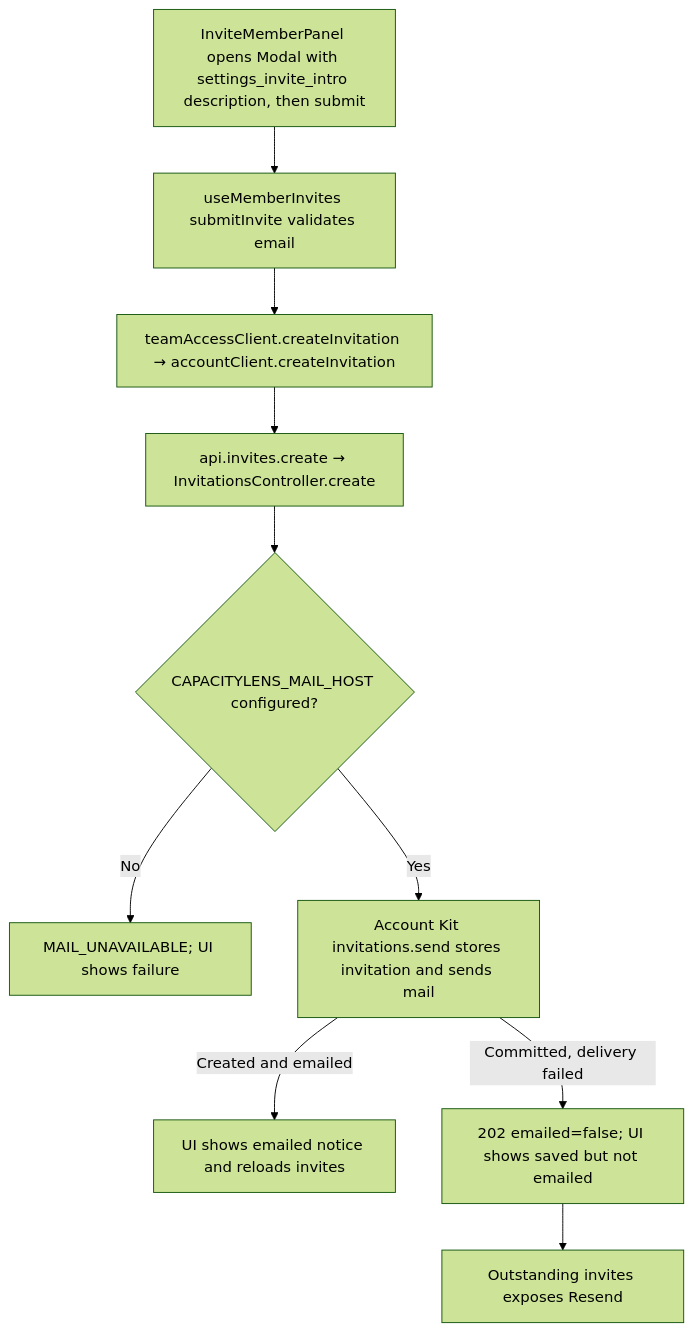
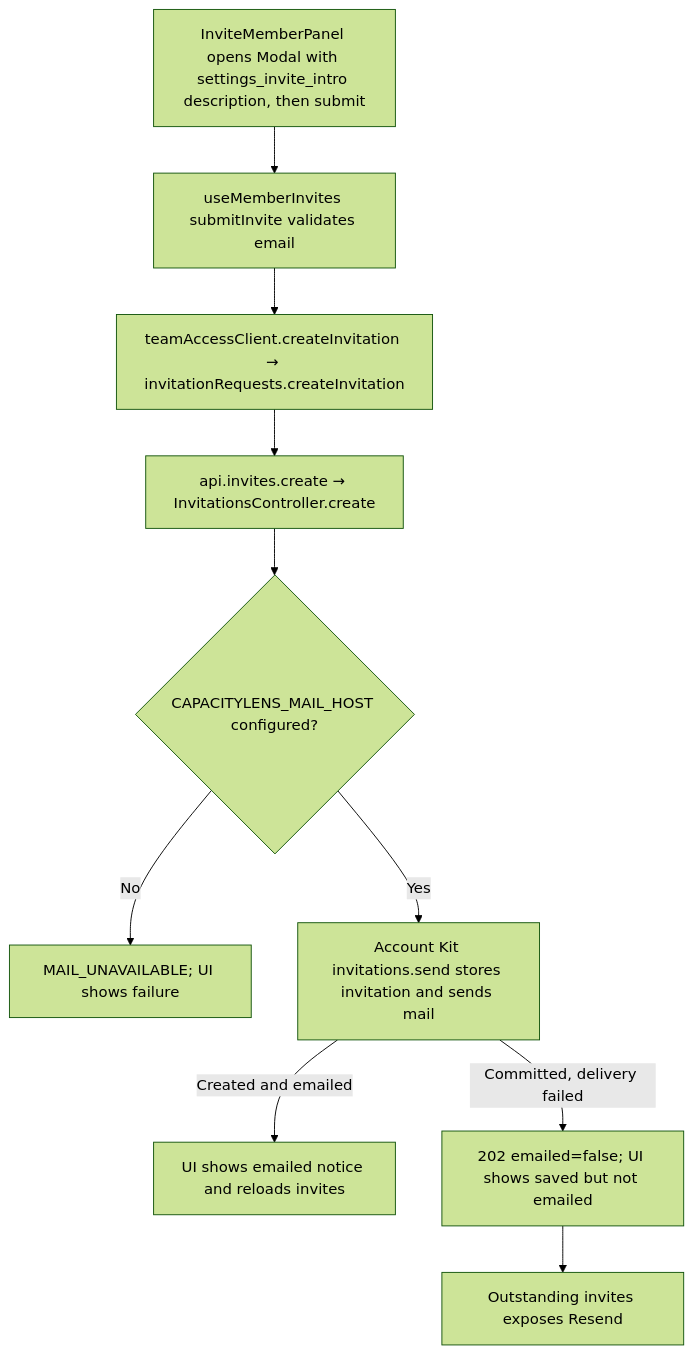
Before and after one commit to Kevinjohn/capacitylens: the second of 2 diagrams in user-stories/team/US-TEAM-02-invite-member.md, drawn with Mermaid (forest theme). The commit also changed other lines of this file and 10 other files, not shown here.

````diff
--- a/user-stories/team/US-TEAM-02-invite-member.md
+++ b/user-stories/team/US-TEAM-02-invite-member.md
@@ -38,12 +38,12 @@
 ```mermaid
 flowchart TD
     Panel["InviteMemberPanel opens Modal with settings_invite_intro description, then submit"] --> Hook["useMemberInvites submitInvite validates email"]
-    Hook --> Client["teamAccessClient.createInvitation → accountClient.createInvitation"]
+    Hook --> Client["teamAccessClient.createInvitation → invitationRequests.createInvitation"]
     Client --> Route["api.invites.create → InvitationsController.create"]
     Route --> MailConfig{"CAPACITYLENS_MAIL_HOST configured?"}
     MailConfig -- "No" --> Refused["MAIL_UNAVAILABLE; UI shows failure"]
     MailConfig -- "Yes" --> Kit["Account Kit invitations.send stores invitation and sends mail"]
     Kit -->|"Created and emailed"| Saved["UI shows emailed notice and reloads invites"]
     Kit -->|"Committed, delivery failed"| Stored["202 emailed=false; UI shows saved but not emailed"]
     Stored --> Resend["Outstanding invites exposes Resend"]
 ```
````
